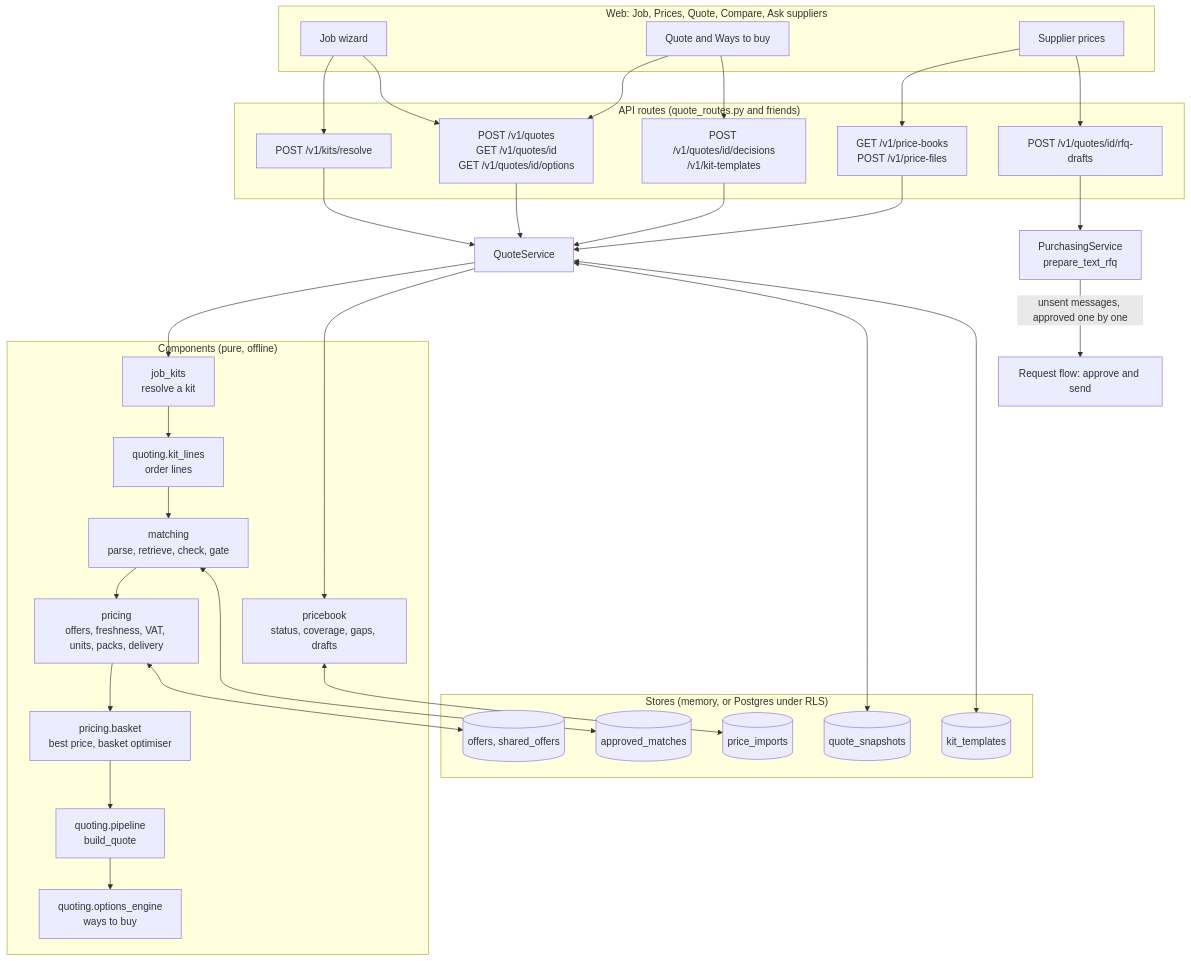
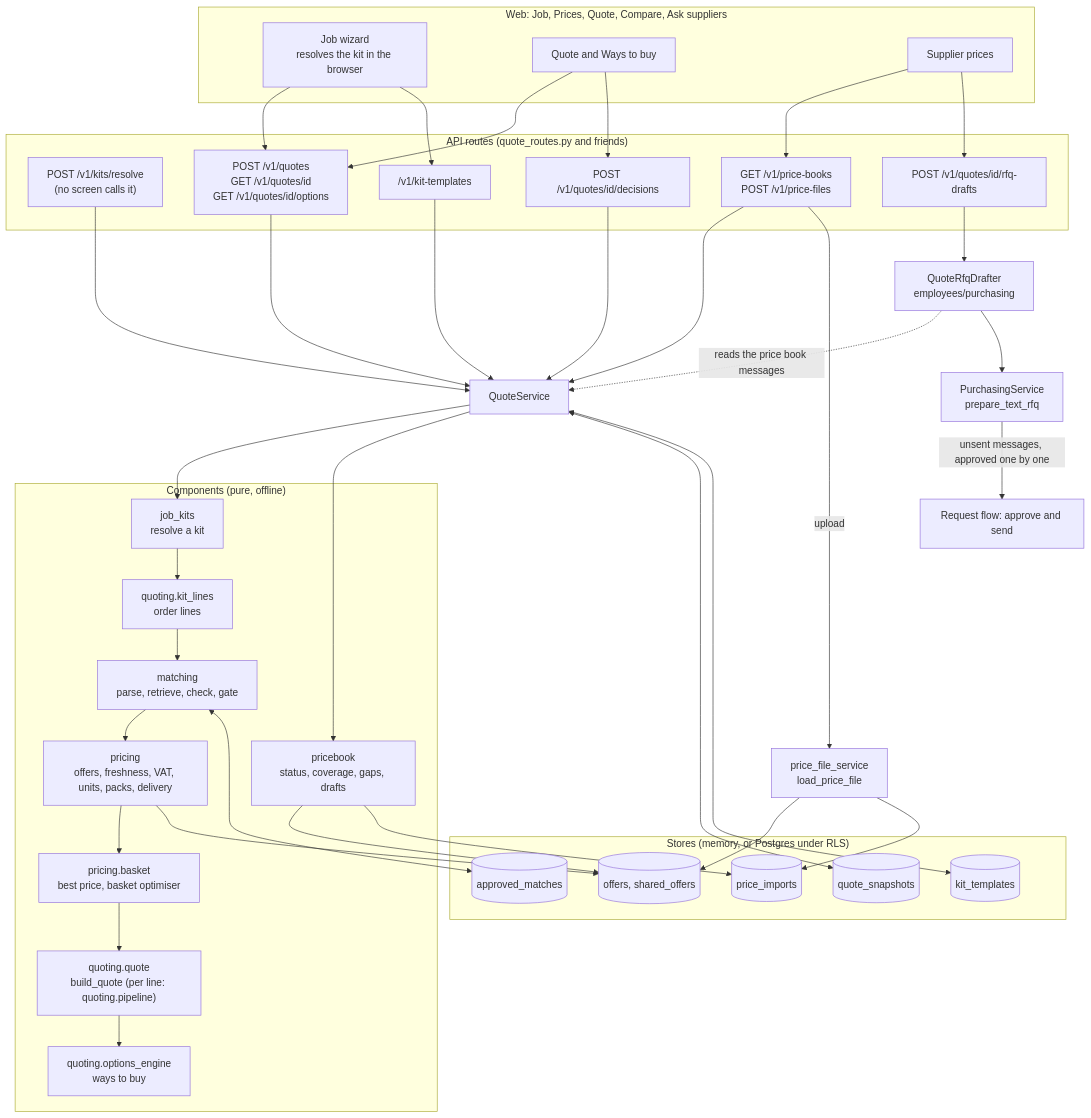
The diagram in docs/technical/05-quote-engine.md (emre-akarsu/ai-commerce-ideas), drawn with Mermaid before and after one commit. The commit also changed other lines of this file and 3 other files, not shown here.

````diff
--- a/docs/technical/05-quote-engine.md
+++ b/docs/technical/05-quote-engine.md
@@ -11,53 +11,63 @@
 ```mermaid
 flowchart TB
   subgraph web["Web: Job, Prices, Quote, Compare, Ask suppliers"]
-    wz["Job wizard"]
+    wz["Job wizard<br/>resolves the kit in the browser"]
     qv["Quote and Ways to buy"]
     pb["Supplier prices"]
   end
   subgraph api["API routes (quote_routes.py and friends)"]
-    r1["POST /v1/kits/resolve"]
+    r1["POST /v1/kits/resolve<br/>(no screen calls it)"]
     r2["POST /v1/quotes<br/>GET /v1/quotes/id<br/>GET /v1/quotes/id/options"]
     r3["GET /v1/price-books<br/>POST /v1/price-files"]
-    r4["POST /v1/quotes/id/decisions<br/>/v1/kit-templates"]
+    r4["POST /v1/quotes/id/decisions"]
+    r6["/v1/kit-templates"]
     r5["POST /v1/quotes/id/rfq-drafts"]
   end
   qs["QuoteService"]
+  pfs["price_file_service<br/>load_price_file"]
+  dr["QuoteRfqDrafter<br/>employees/purchasing"]
   subgraph comps["Components (pure, offline)"]
     jk["job_kits<br/>resolve a kit"]
     ql["quoting.kit_lines<br/>order lines"]
     mt["matching<br/>parse, retrieve, check, gate"]
     pr["pricing<br/>offers, freshness, VAT, units, packs, delivery"]
     bk["pricing.basket<br/>best price, basket optimiser"]
-    qb["quoting.pipeline<br/>build_quote"]
+    qb["quoting.quote<br/>build_quote (per line: quoting.pipeline)"]
     qo["quoting.options_engine<br/>ways to buy"]
     pbk["pricebook<br/>status, coverage, gaps, drafts"]
   end
   subgraph stores["Stores (memory, or Postgres under RLS)"]
     of[("offers, shared_offers")]
     am[("approved_matches")]
     qsn[("quote_snapshots")]
     kt[("kit_templates")]
     pi[("price_imports")]
   end
   pur["PurchasingService<br/>prepare_text_rfq"]
-  wz --> r1
   wz --> r2
+  wz --> r6
   qv --> r2
   pb --> r3
   qv --> r4
   pb --> r5
   r1 --> qs
   r2 --> qs
   r3 --> qs
+  r3 -->|"upload"| pfs
   r4 --> qs
-  r5 --> pur
+  r6 --> qs
+  r5 --> dr
+  dr -.->|"reads the price book messages"| qs
+  dr --> pur
   qs --> jk --> ql --> mt --> pr --> bk --> qb --> qo
   qs --> pbk
   mt <--> am
-  pr <--> of
+  pr --> of
+  pfs --> of
+  pfs --> pi
   qs <--> qsn
   qs <--> kt
-  pbk <--> pi
+  pbk --> of
+  pbk --> pi
   pur -->|"unsent messages, approved one by one"| req["Request flow: approve and send"]
 ```
````
